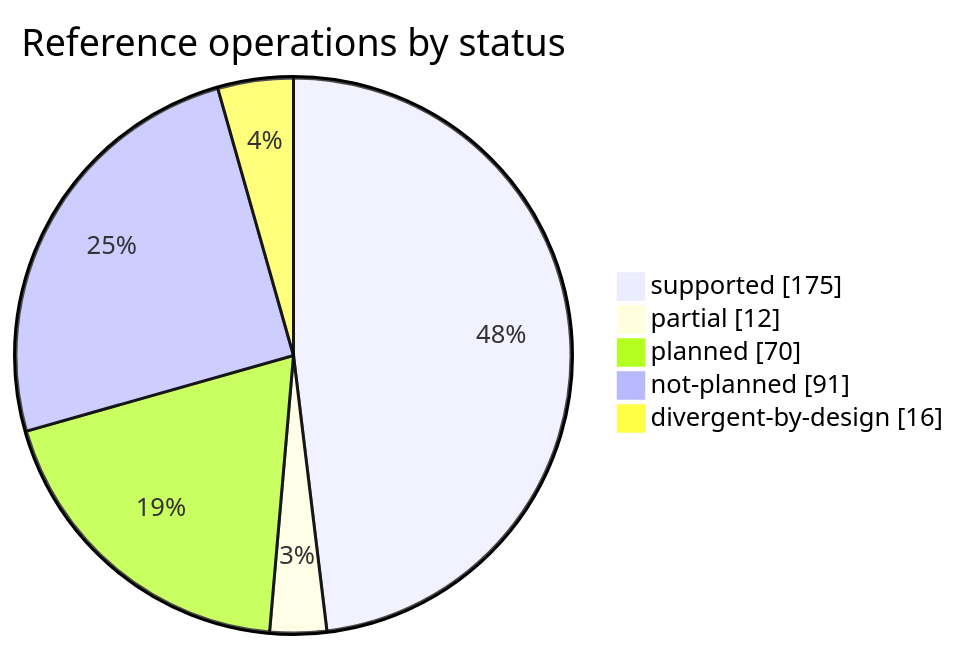
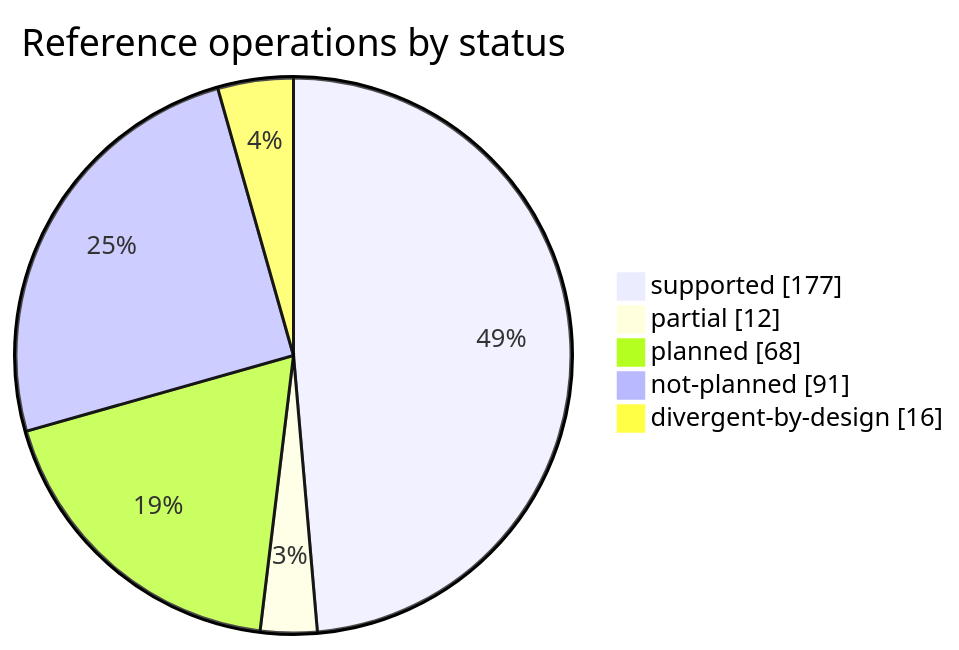
Before and after one commit to rafaelvieiras/tinyfin: the first of 2 diagrams in docs/COVERAGE.md, drawn with Mermaid. The commit also changed other lines of this file and 8 other files, not shown here.

````diff
--- a/docs/COVERAGE.md
+++ b/docs/COVERAGE.md
@@ -32,8 +32,8 @@
 ```mermaid
 pie showData title Reference operations by status
-    "supported" : 175
+    "supported" : 177
     "partial" : 12
-    "planned" : 70
+    "planned" : 68
     "not-planned" : 91
     "divergent-by-design" : 16
 ```
````
